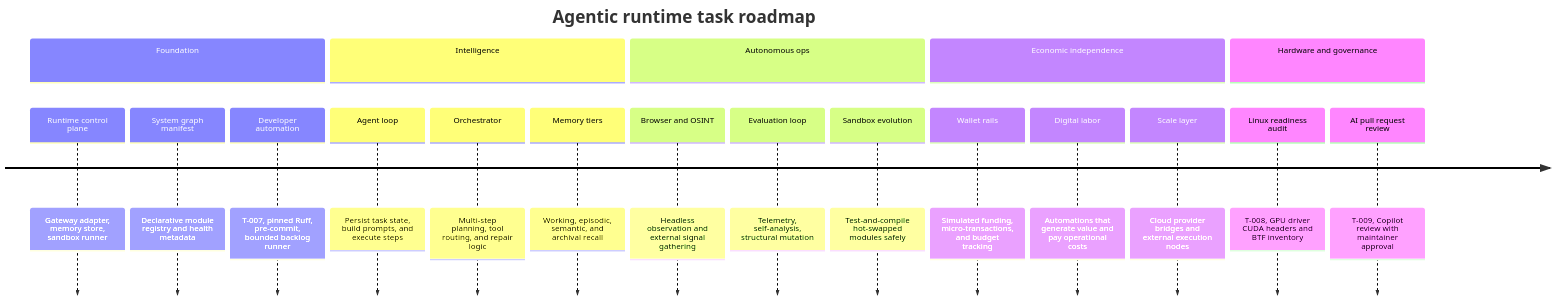
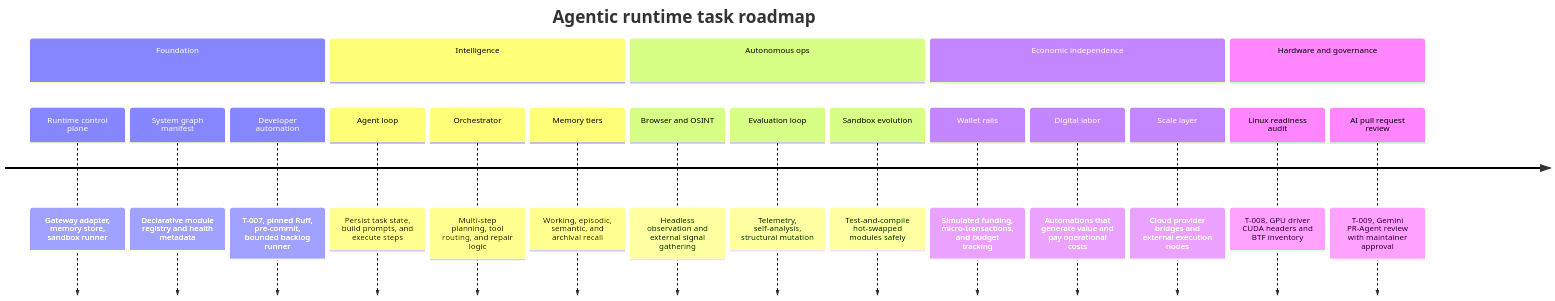
The diagram in docs/roadmap/task_graph.md (SayandB/rta), drawn with Mermaid before and after one commit. The commit also changed 5 other files, not shown here.

Commit message:
feat: use Gemini PR-Agent for pull request reviews

````diff
--- a/docs/roadmap/task_graph.md
+++ b/docs/roadmap/task_graph.md
@@ -3,28 +3,28 @@
 ```mermaid
 timeline
     title Agentic runtime task roadmap
 
     section Foundation
         Runtime control plane : Gateway adapter, memory store, sandbox runner
         System graph manifest : Declarative module registry and health metadata
         Developer automation : T-007, pinned Ruff, pre-commit, bounded backlog runner
 
     section Intelligence
         Agent loop : Persist task state, build prompts, and execute steps
         Orchestrator : Multi-step planning, tool routing, and repair logic
         Memory tiers : Working, episodic, semantic, and archival recall
 
     section Autonomous ops
         Browser and OSINT : Headless observation and external signal gathering
         Evaluation loop : Telemetry, self-analysis, structural mutation
         Sandbox evolution : Test-and-compile hot-swapped modules safely
 
     section Economic independence
         Wallet rails : Simulated funding, micro-transactions, and budget tracking
         Digital labor : Automations that generate value and pay operational costs
         Scale layer : Cloud provider bridges and external execution nodes
 
     section Hardware and governance
         Linux readiness audit : T-008, GPU driver CUDA headers and BTF inventory
-        AI pull request review : T-009, Copilot review with maintainer approval
+        AI pull request review : T-009, Gemini PR-Agent review with maintainer approval
 ```
````
